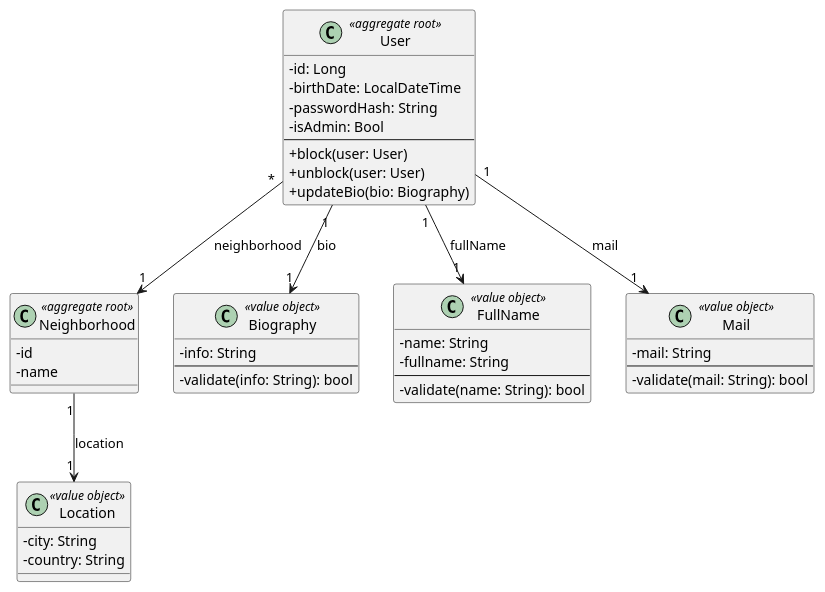
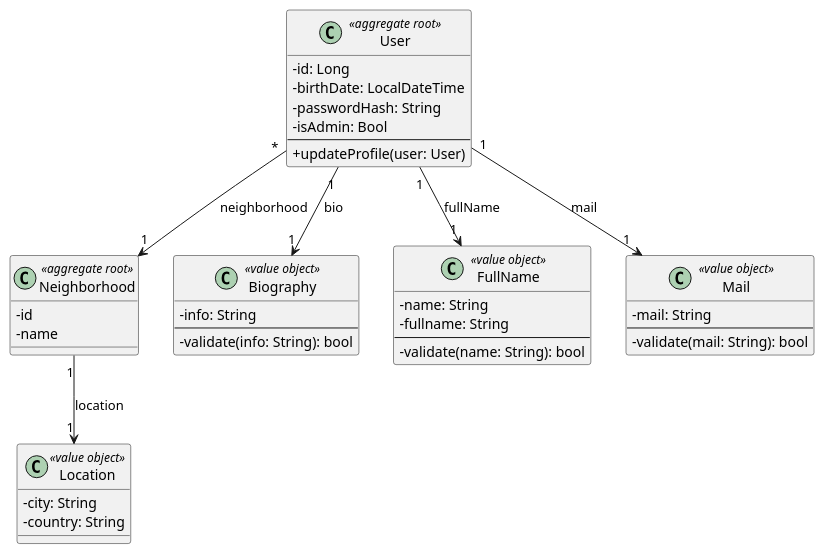
One commit to rosario-zaccone/rione changed the diagram in docs/design/user_service.puml. Above: the diagram before and after it, drawn with PlantUML. The commit also changed 79 other files, not shown here.

```diff
--- a/docs/design/user_service.puml
+++ b/docs/design/user_service.puml
@@ -1,55 +1,53 @@
 @startuml
 
-' Version: 1.0.0
+' Version: 1.0.1
 ' Last modified: 2026-06-15
 ' Initial version
 
 skinparam classAttributeIconSize 0
 
 class User <<aggregate root>> {
   - id: Long
   - birthDate: LocalDateTime
   - passwordHash: String
   - isAdmin: Bool
   --
-  + block(user: User)
-  + unblock(user: User)
-  + updateBio(bio: Biography)
+  + updateProfile(user: User)
 }
 
 class Neighborhood <<aggregate root>> {
   - id
   - name
 }
 
 class Biography <<value object>> {
   - info: String
   --
   - validate(info: String): bool
 }
 
 class FullName <<value object>> {
   - name: String
   - fullname: String
   --
   - validate(name: String): bool
 }
 
 class Mail <<value object>> {
   - mail: String
   --
   - validate(mail: String): bool
 }
 
 class Location <<value object>> {
   - city: String
   - country: String
 }
 
 User "1" --> "1" Biography : bio
 User "1" --> "1" FullName : fullName
 User "1" --> "1" Mail : mail
 User "*" --> "1" Neighborhood : neighborhood
 Neighborhood "1" --> "1" Location : location
 
 @enduml
```
